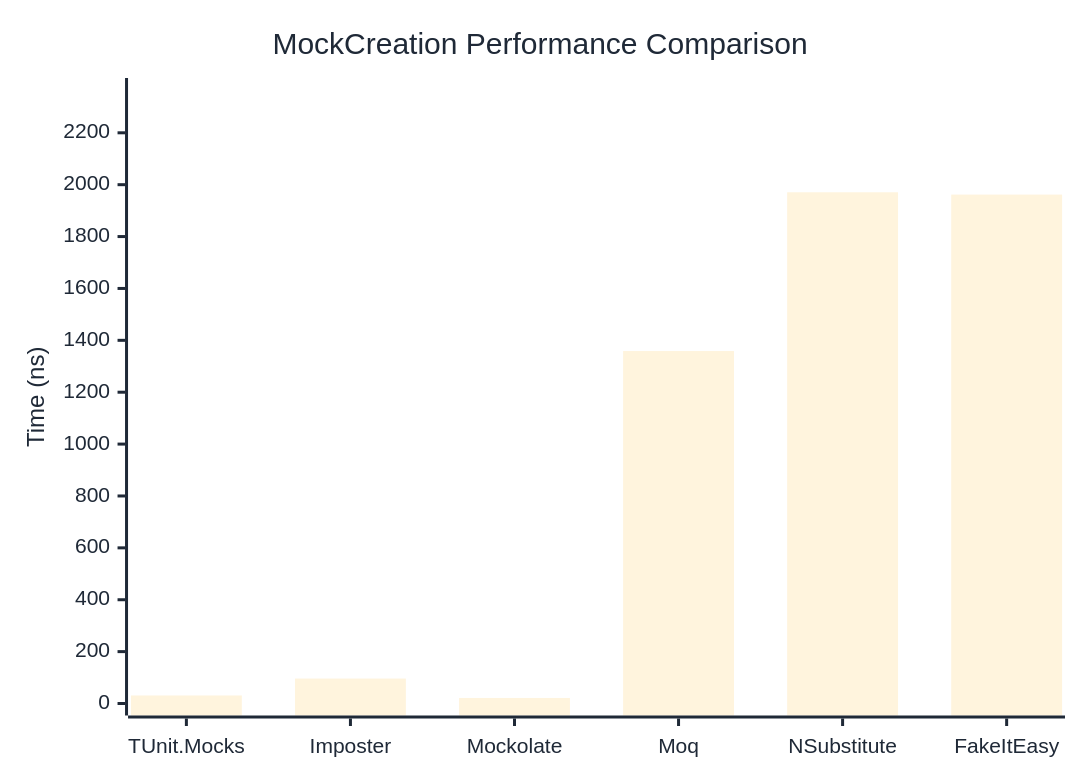
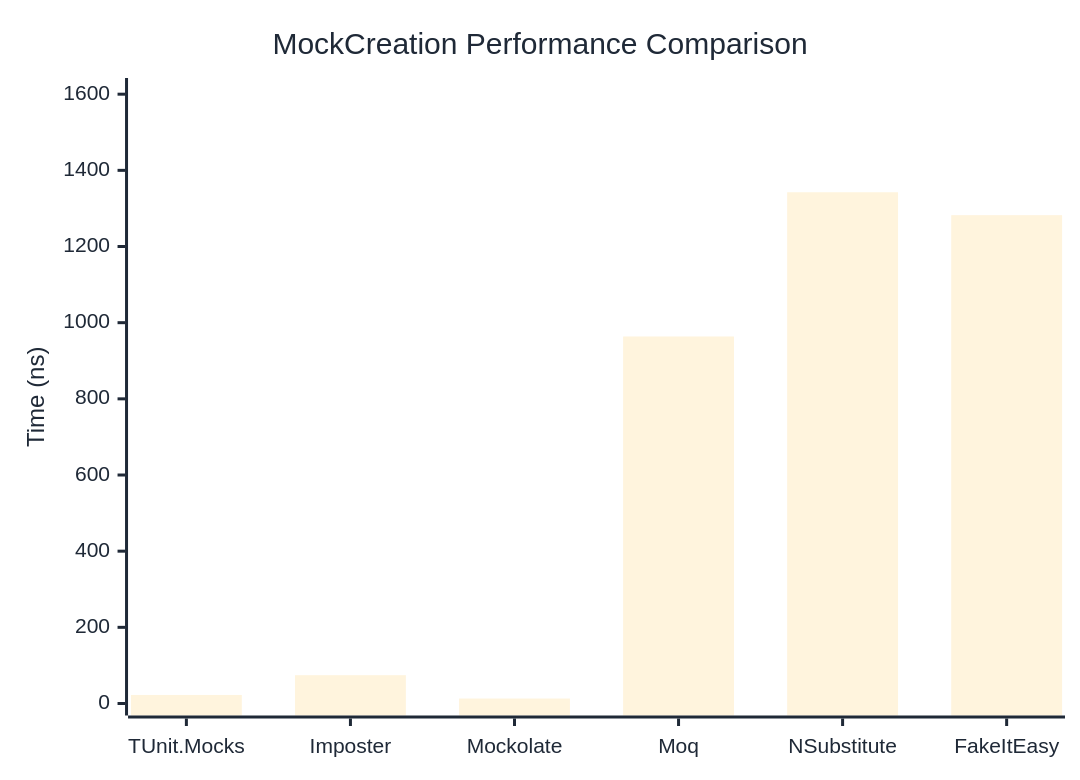
One commit to zion-sati/TUnit-NetWasm changed the first of 2 diagrams in docs/docs/benchmarks/mocks/MockCreation.md. Above: the diagram before and after it, drawn with Mermaid. The commit also changed other lines of this file and 294 other files, not shown here.

````diff
--- a/docs/docs/benchmarks/mocks/MockCreation.md
+++ b/docs/docs/benchmarks/mocks/MockCreation.md
@@ -30,27 +30,27 @@
 ```mermaid
 %%{init: {
   'theme':'base',
   'themeVariables': {
     'primaryColor': '#2563eb',
     'primaryTextColor': '#1f2937',
     'primaryBorderColor': '#1e40af',
     'lineColor': '#6b7280',
     'secondaryColor': '#7c3aed',
     'tertiaryColor': '#dc2626',
     'background': '#ffffff',
     'pie1': '#2563eb',
     'pie2': '#7c3aed',
     'pie3': '#dc2626',
     'pie4': '#f59e0b',
     'pie5': '#10b981',
     'pie6': '#06b6d4',
     'pie7': '#ec4899',
     'pie8': '#6366f1'
   }
 }}%%
 xychart-beta
   title "MockCreation Performance Comparison"
   x-axis ["TUnit.Mocks", "Imposter", "Mockolate", "Moq", "NSubstitute", "FakeItEasy"]
-  y-axis "Time (ns)" 0 --> 2365
-  bar [30.95, 96.1, 21.34, 1358.7, 1970.7, 1961.83]
+  y-axis "Time (ns)" 0 --> 1611
+  bar [22.39, 74.38, 13.05, 963.74, 1342.48, 1282.32]
 ```
````
